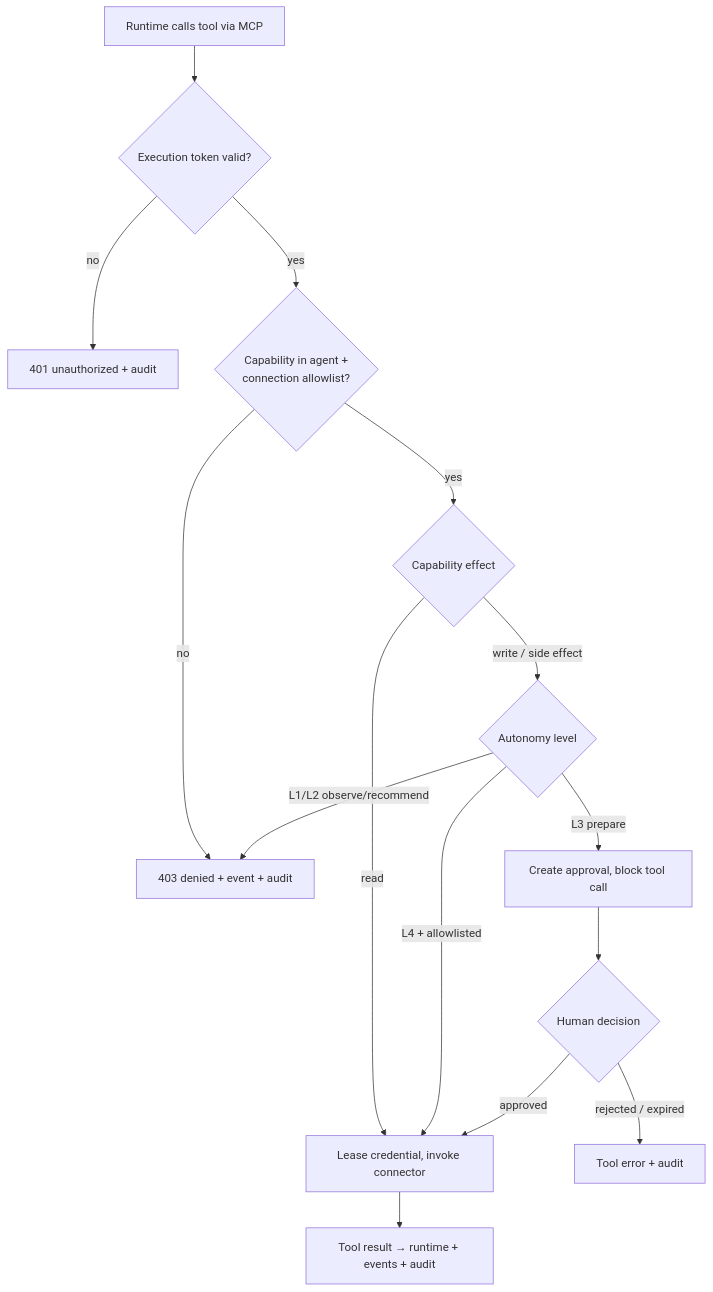
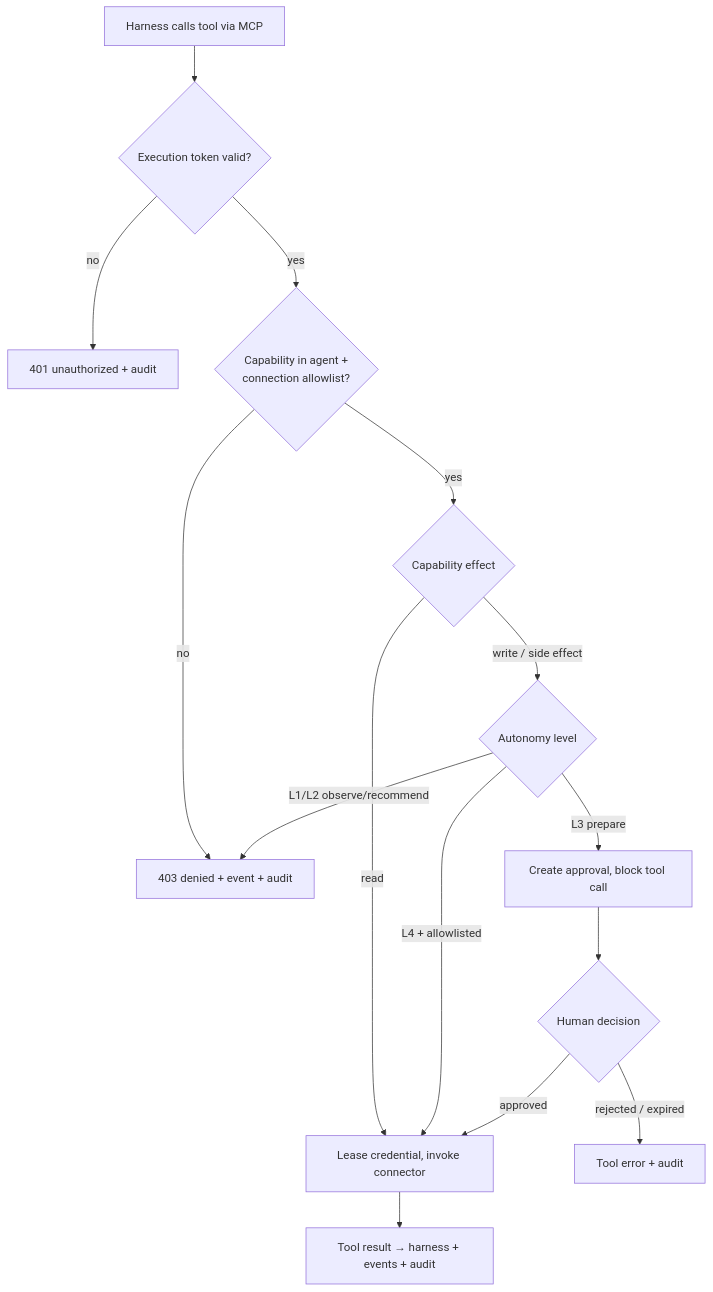
Before and after one commit to mikemikimike/orbit: the third of 5 diagrams in docs/architecture/diagram.md, drawn with Mermaid. The commit also changed other lines of this file and 116 other files, not shown here.

First line of the commit message:
refactor!: rename runtime to harness (0.4.0)

````diff
--- a/docs/architecture/diagram.md
+++ b/docs/architecture/diagram.md
@@ -113,17 +113,17 @@
 ```mermaid
 flowchart TD
-  Call["Runtime calls tool via MCP"] --> Token{"Execution token valid?"}
+  Call["Harness calls tool via MCP"] --> Token{"Execution token valid?"}
   Token -- no --> Deny401["401 unauthorized + audit"]
   Token -- yes --> Allowed{"Capability in agent +<br/>connection allowlist?"}
   Allowed -- no --> Deny403["403 denied + event + audit"]
   Allowed -- yes --> Effect{"Capability effect"}
   Effect -- read --> Invoke["Lease credential, invoke connector"]
   Effect -- "write / side effect" --> Level{"Autonomy level"}
   Level -- "L4 + allowlisted" --> Invoke
   Level -- "L3 prepare" --> Approval["Create approval, block tool call"]
   Level -- "L1/L2 observe/recommend" --> Deny403
   Approval --> Human{"Human decision"}
   Human -- "rejected / expired" --> Denied["Tool error + audit"]
   Human -- approved --> Invoke
-  Invoke --> Result["Tool result → runtime + events + audit"]
+  Invoke --> Result["Tool result → harness + events + audit"]
 ```
````
